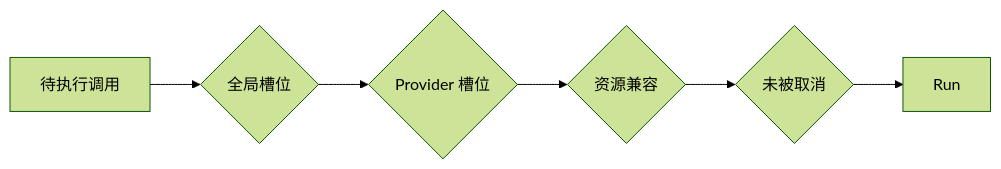
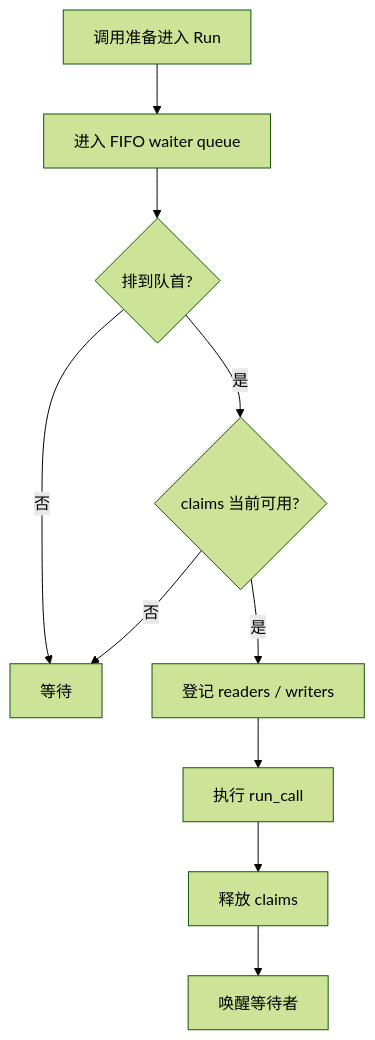
Before and after one commit to Arthur999459up/GitAgent: the fourth of 13 diagrams in docs/06-execution-and-concurrency.md, drawn with Mermaid (forest theme). The commit also changed other lines of this file and 3 other files, not shown here.

````diff
--- a/docs/06-execution-and-concurrency.md
+++ b/docs/06-execution-and-concurrency.md
@@ -84,8 +191,12 @@
 ```mermaid
-flowchart LR
-    Q[待执行调用] --> G{全局槽位}
-    G --> P{Provider 槽位}
-    P --> R{资源兼容}
-    R --> C{未被取消}
-    C --> RUN[Run]
+flowchart TD
+    A[调用准备进入 Run] --> B[进入 FIFO waiter queue]
+    B --> C{排到队首?}
+    C -->|否| W[等待]
+    C -->|是| D{claims 当前可用?}
+    D -->|否| W
+    D -->|是| E[登记 readers / writers]
+    E --> F[执行 run_call]
+    F --> G[释放 claims]
+    G --> H[唤醒等待者]
 ```
````
